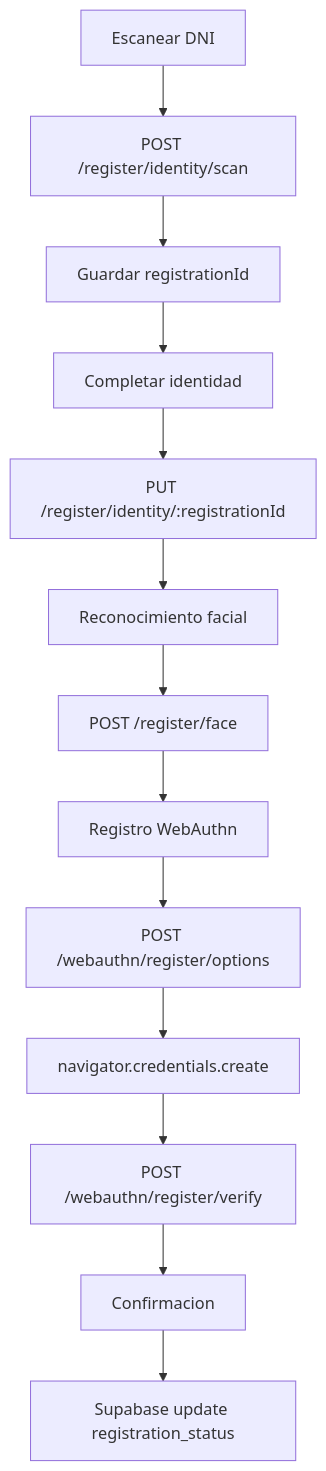
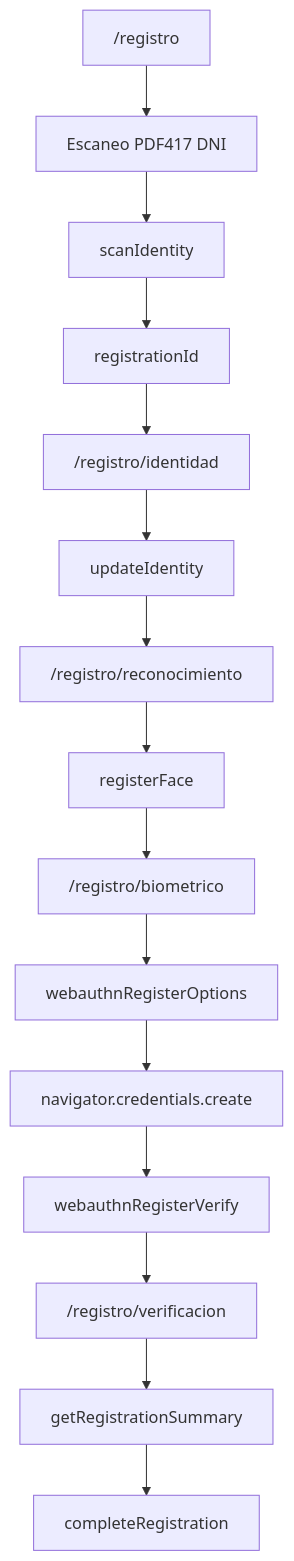
Before and after one commit to mofuel/Nexa-Vote-Front: the second of 4 diagrams in docs/03-rutas-y-flujos.md, drawn with Mermaid. The commit also changed other lines of this file and 11 other files, not shown here.

````diff
--- a/docs/03-rutas-y-flujos.md
+++ b/docs/03-rutas-y-flujos.md
@@ -37,15 +31,17 @@
 ```mermaid
 flowchart TD
-  A["Escanear DNI"] --> B["POST /register/identity/scan"]
-  B --> C["Guardar registrationId"]
-  C --> D["Completar identidad"]
-  D --> E["PUT /register/identity/:registrationId"]
-  E --> F["Reconocimiento facial"]
-  F --> G["POST /register/face"]
-  G --> H["Registro WebAuthn"]
-  H --> I["POST /webauthn/register/options"]
-  I --> J["navigator.credentials.create"]
-  J --> K["POST /webauthn/register/verify"]
-  K --> L["Confirmacion"]
-  L --> M["Supabase update registration_status"]
+  A["/registro"] --> B["Escaneo PDF417 DNI"]
+  B --> C["scanIdentity"]
+  C --> D["registrationId"]
+  D --> E["/registro/identidad"]
+  E --> F["updateIdentity"]
+  F --> G["/registro/reconocimiento"]
+  G --> H["registerFace"]
+  H --> I["/registro/biometrico"]
+  I --> J["webauthnRegisterOptions"]
+  J --> K["navigator.credentials.create"]
+  K --> L["webauthnRegisterVerify"]
+  L --> M["/registro/verificacion"]
+  M --> N["getRegistrationSummary"]
+  N --> O["completeRegistration"]
 ```
````
